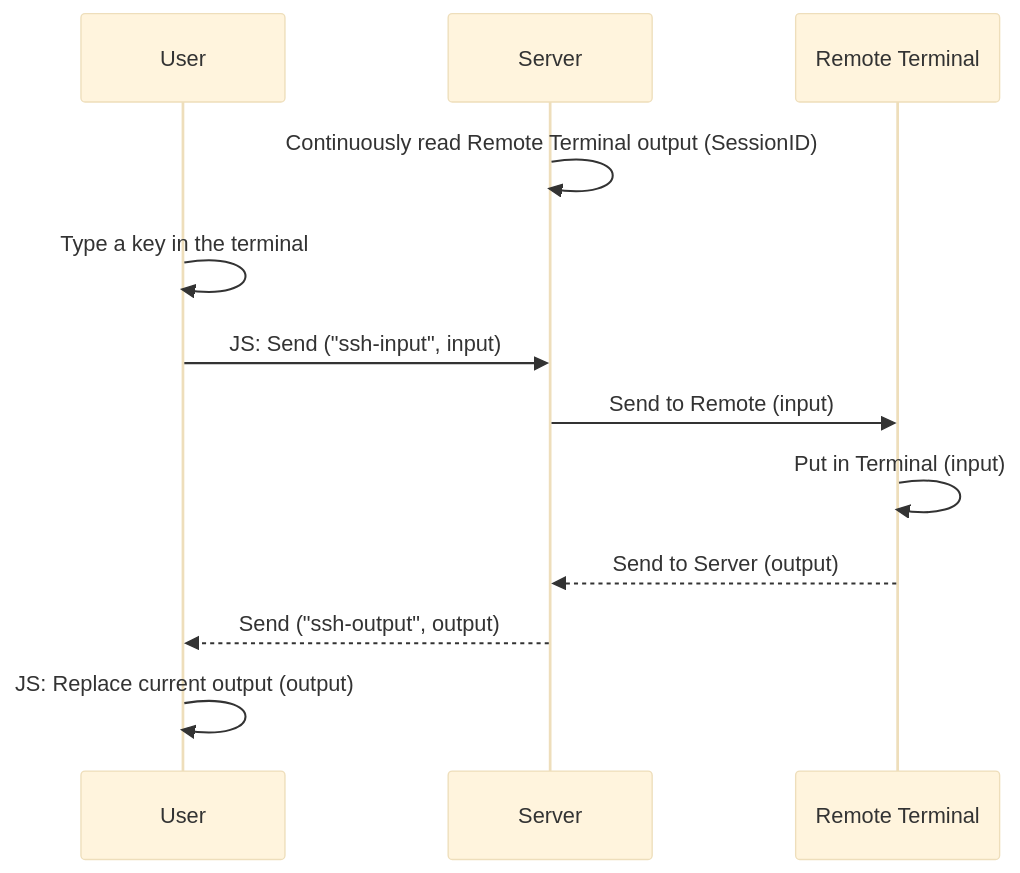
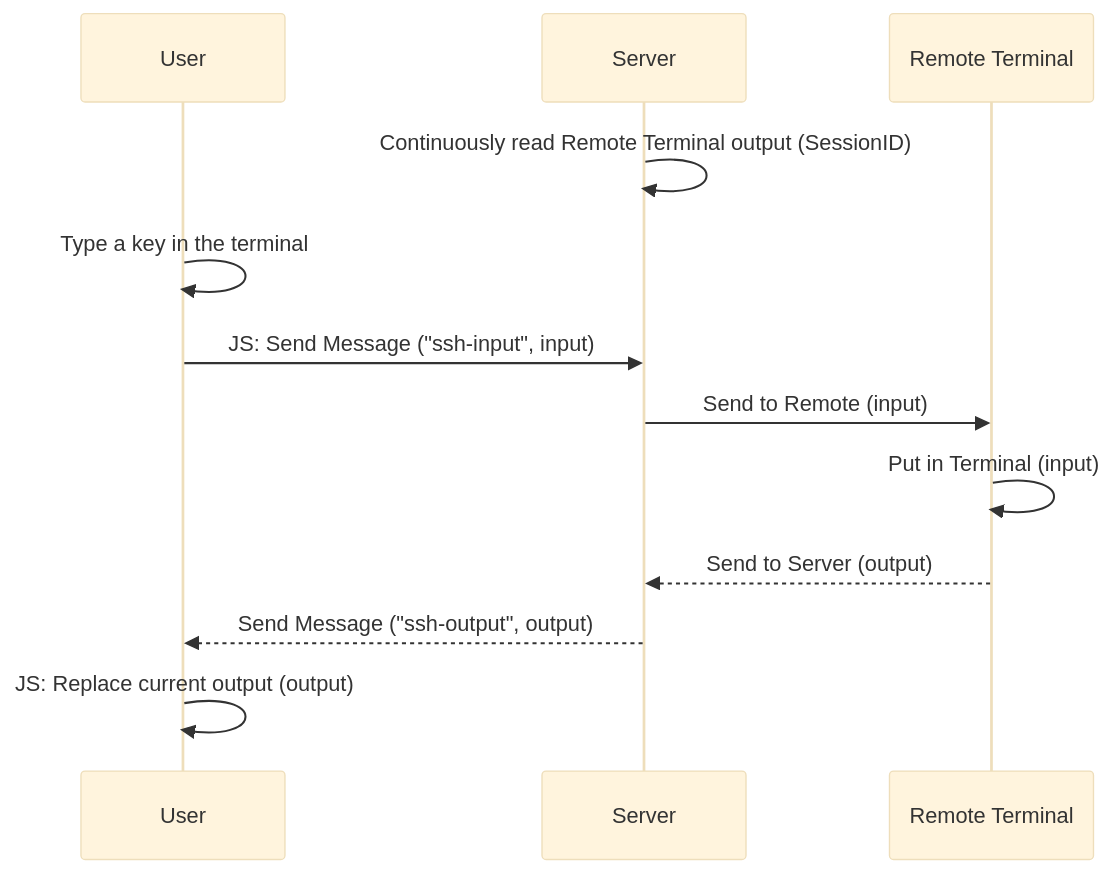
The third of 3 diagrams in README.md (isislab-unisa/alfresco-ssh), drawn with Mermaid (base theme) before and after one commit. The commit also changed other lines of this file and 1 other file, not shown here.

````diff
--- a/README.md
+++ b/README.md
@@ -54,16 +143,16 @@
 ```mermaid
 sequenceDiagram
     participant U as User
     participant S as Server
     participant R as Remote Terminal
 
     S->>S: Continuously read Remote Terminal output (SessionID)
     U->>U: Type a key in the terminal
-    U->>S: JS: Send ("ssh-input", input)
+    U->>S: JS: Send Message ("ssh-input", input)
     S->>R: Send to Remote (input)
     R->>R: Put in Terminal (input)
     R-->>S: Send to Server (output)
-    S-->>U: Send ("ssh-output", output)
+    S-->>U: Send Message ("ssh-output", output)
     U->>U: JS: Replace current output (output)
     
 ```
````
